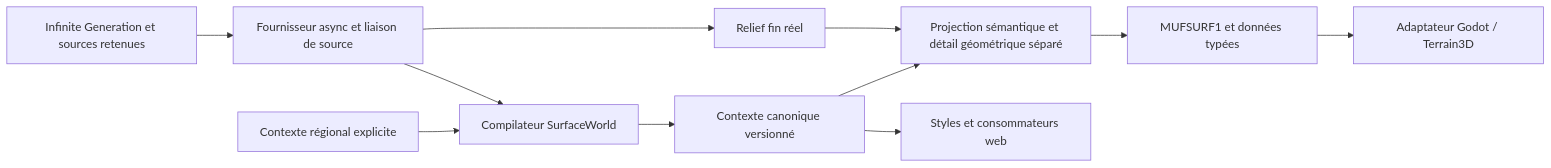
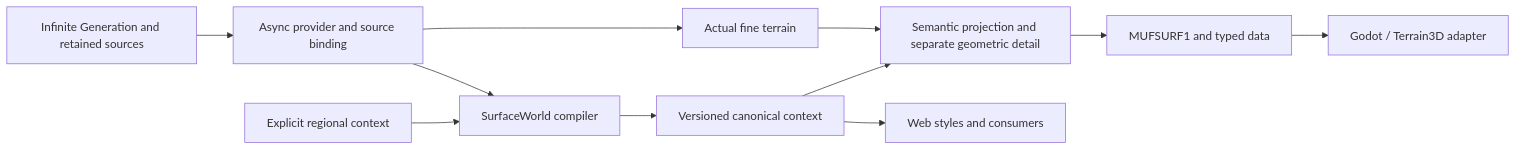
One commit to dunkean/magna-urbis changed the diagram in docs/surface/IMPLEMENTATION.md. Above: the diagram before and after it, drawn with Mermaid. The commit also changed other lines of this file and 193 other files, not shown here.

````diff
--- a/docs/surface/IMPLEMENTATION.md
+++ b/docs/surface/IMPLEMENTATION.md
@@ -196,13 +61,13 @@
 ```mermaid
 flowchart LR
-  IG[Infinite Generation et sources retenues] --> P[Fournisseur async et liaison de source]
-  R[Contexte régional explicite] --> C[Compilateur SurfaceWorld]
+  IG[Infinite Generation and retained sources] --> P[Async provider and source binding]
+  R[Explicit regional context] --> C[SurfaceWorld compiler]
   P --> C
-  C --> K[Contexte canonique versionné]
-  P --> F[Relief fin réel]
-  K --> T[Projection sémantique et détail géométrique séparé]
+  C --> K[Versioned canonical context]
+  P --> F[Actual fine terrain]
+  K --> T[Semantic projection and separate geometric detail]
   F --> T
-  T --> B[MUFSURF1 et données typées]
-  B --> G[Adaptateur Godot / Terrain3D]
-  K --> W[Styles et consommateurs web]
+  T --> B[MUFSURF1 and typed data]
+  B --> G[Godot / Terrain3D adapter]
+  K --> W[Web styles and consumers]
 ```
````
